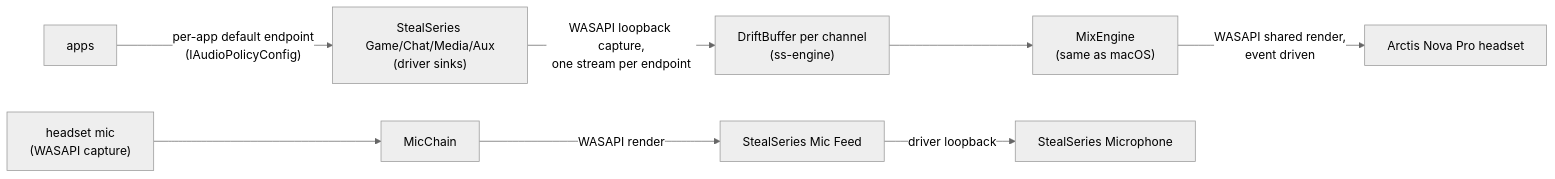
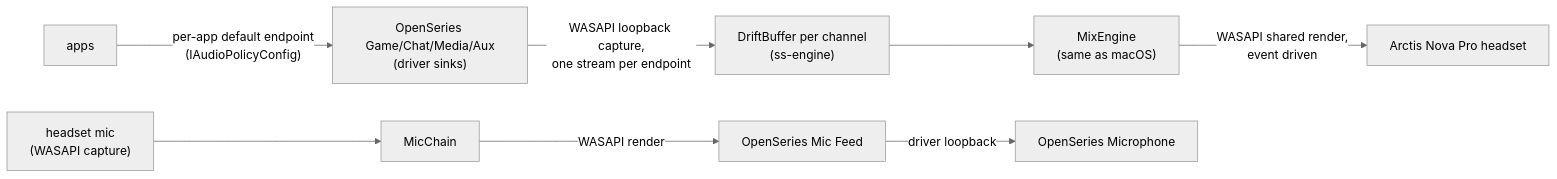
The diagram in docs/architecture/windows-virtual-driver.md (leonseemann/openseries), drawn with Mermaid (neutral theme) before and after one commit. The commit also changed other lines of this file and 209 other files, not shown here.

First line of the commit message:
refactor!: rename StealSeries to OpenSeries

````diff
--- a/docs/architecture/windows-virtual-driver.md
+++ b/docs/architecture/windows-virtual-driver.md
@@ -48,9 +48,9 @@
 ```mermaid
 flowchart LR
-  APPS["apps"] -->|"per-app default endpoint<br/>(IAudioPolicyConfig)"| VG["StealSeries Game/Chat/Media/Aux<br/>(driver sinks)"]
+  APPS["apps"] -->|"per-app default endpoint<br/>(IAudioPolicyConfig)"| VG["OpenSeries Game/Chat/Media/Aux<br/>(driver sinks)"]
   VG -->|"WASAPI loopback capture,<br/>one stream per endpoint"| DB["DriftBuffer per channel<br/>(ss-engine)"]
   DB --> ENG["MixEngine<br/>(same as macOS)"]
   ENG -->|"WASAPI shared render,<br/>event driven"| HS["Arctis Nova Pro headset"]
-  MIC["headset mic<br/>(WASAPI capture)"] --> CHAIN["MicChain"] -->|"WASAPI render"| FEED["StealSeries Mic Feed"]
-  FEED -->|"driver loopback"| VMIC["StealSeries Microphone"]
+  MIC["headset mic<br/>(WASAPI capture)"] --> CHAIN["MicChain"] -->|"WASAPI render"| FEED["OpenSeries Mic Feed"]
+  FEED -->|"driver loopback"| VMIC["OpenSeries Microphone"]
 ```
````
